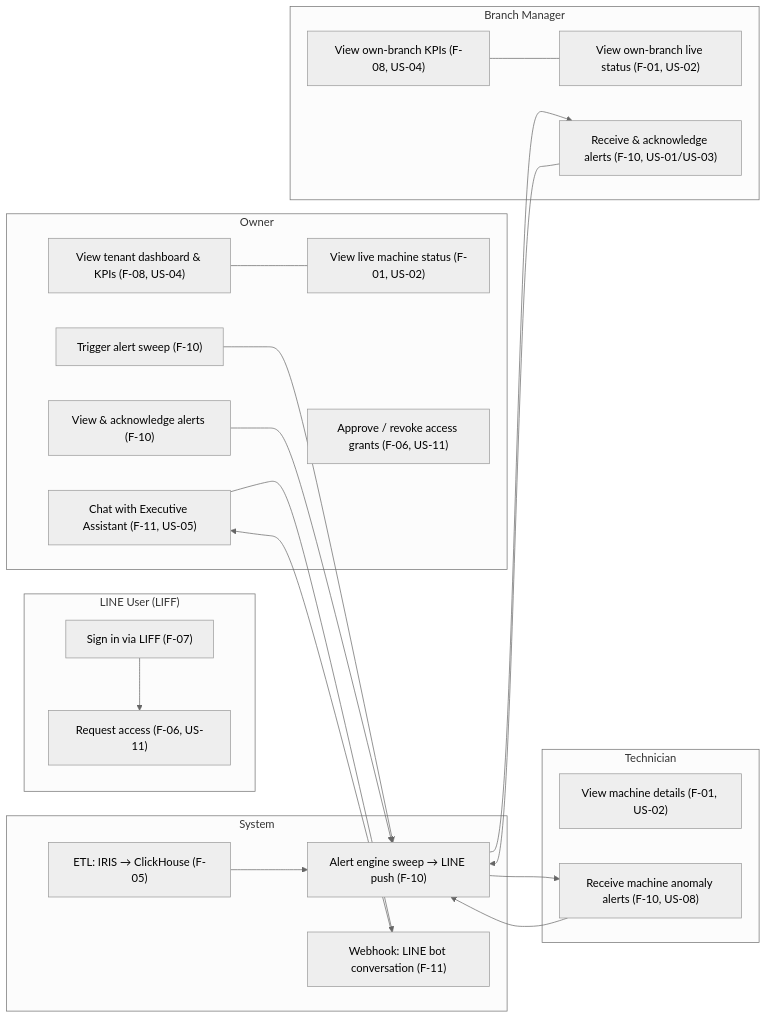
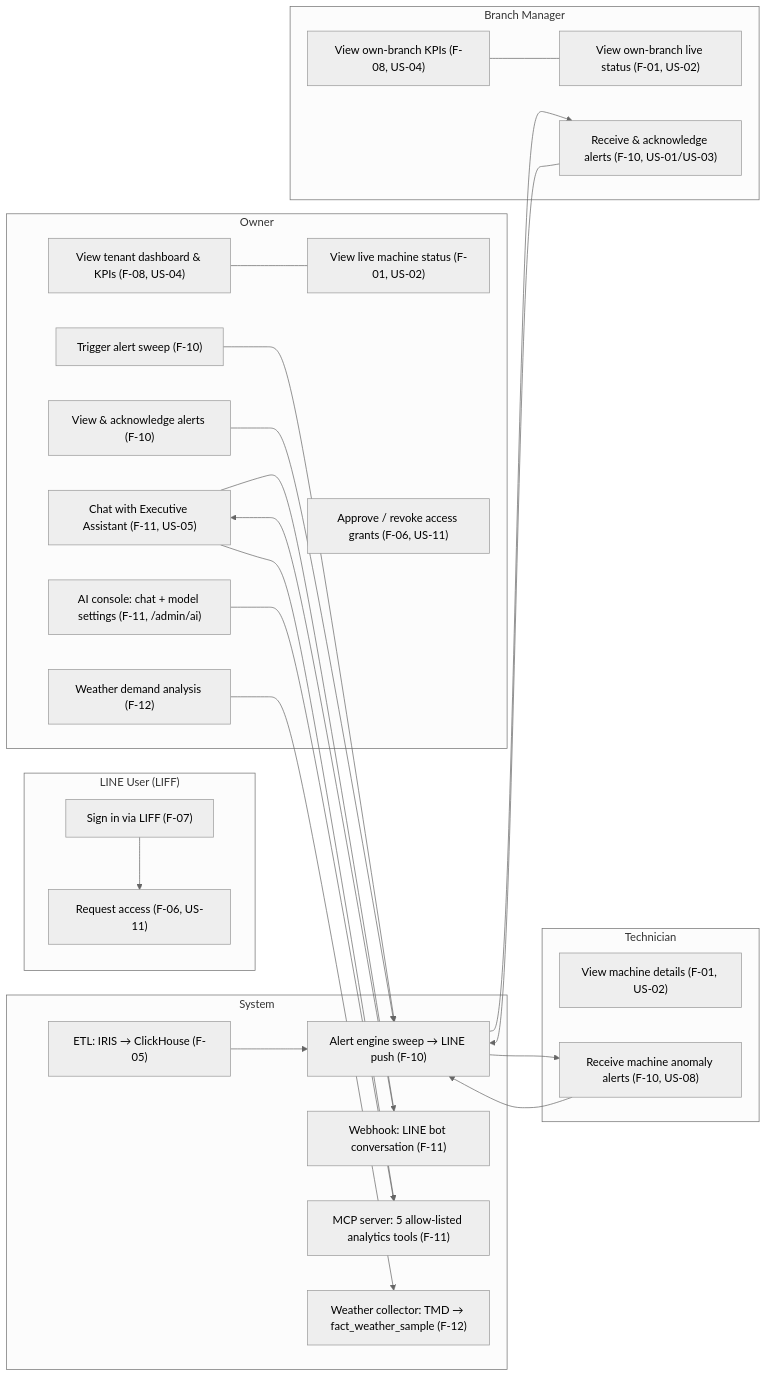
The first of 6 diagrams in docs/02_architecture/use-case-sequence-diagrams.md (Bunyakorn-K/CE-Project-2026), drawn with Mermaid (neutral theme) before and after one commit. The commit also changed other lines of this file and 2 other files, not shown here.

First line of the commit message:
docs: sync implementation docs to current state (124 tests, weather schema, AI console)

````diff
--- a/docs/02_architecture/use-case-sequence-diagrams.md
+++ b/docs/02_architecture/use-case-sequence-diagrams.md
@@ -23,46 +23,53 @@
 ```mermaid
 flowchart LR
     subgraph OWNER_UC["Owner"]
         A1["View tenant dashboard & KPIs (F-08, US-04)"]
         A2["View live machine status (F-01, US-02)"]
         A3["Chat with Executive Assistant (F-11, US-05)"]
         A4["Approve / revoke access grants (F-06, US-11)"]
         A5["Trigger alert sweep (F-10)"]
         A6["View & acknowledge alerts (F-10)"]
+        A7["AI console: chat + model settings (F-11, /admin/ai)"]
+        A8["Weather demand analysis (F-12)"]
     end
 
     subgraph MGR_UC["Branch Manager"]
         M1["View own-branch KPIs (F-08, US-04)"]
         M2["View own-branch live status (F-01, US-02)"]
         M3["Receive & acknowledge alerts (F-10, US-01/US-03)"]
     end
 
     subgraph TECH_UC["Technician"]
         T1["View machine details (F-01, US-02)"]
         T2["Receive machine anomaly alerts (F-10, US-08)"]
     end
 
     subgraph LIFF_UC["LINE User (LIFF)"]
         L1["Sign in via LIFF (F-07)"]
         L2["Request access (F-06, US-11)"]
     end
 
     subgraph SYS_UC["System"]
         S1["ETL: IRIS → ClickHouse (F-05)"]
         S2["Alert engine sweep → LINE push (F-10)"]
         S3["Webhook: LINE bot conversation (F-11)"]
+        S4["MCP server: 5 allow-listed analytics tools (F-11)"]
+        S5["Weather collector: TMD → fact_weather_sample (F-12)"]
     end
 
     A1 --- A2
     A3 --> S3
+    A3 --> S4
     A5 --> S2
     A6 --> S2
+    A7 --> S4
+    A8 --> S5
     M1 --- M2
     M3 --> S2
     T2 --> S2
     L1 --> L2
     S1 --> S2
     S2 --> M3
     S2 --> T2
     S3 --> A3
 ```
````
